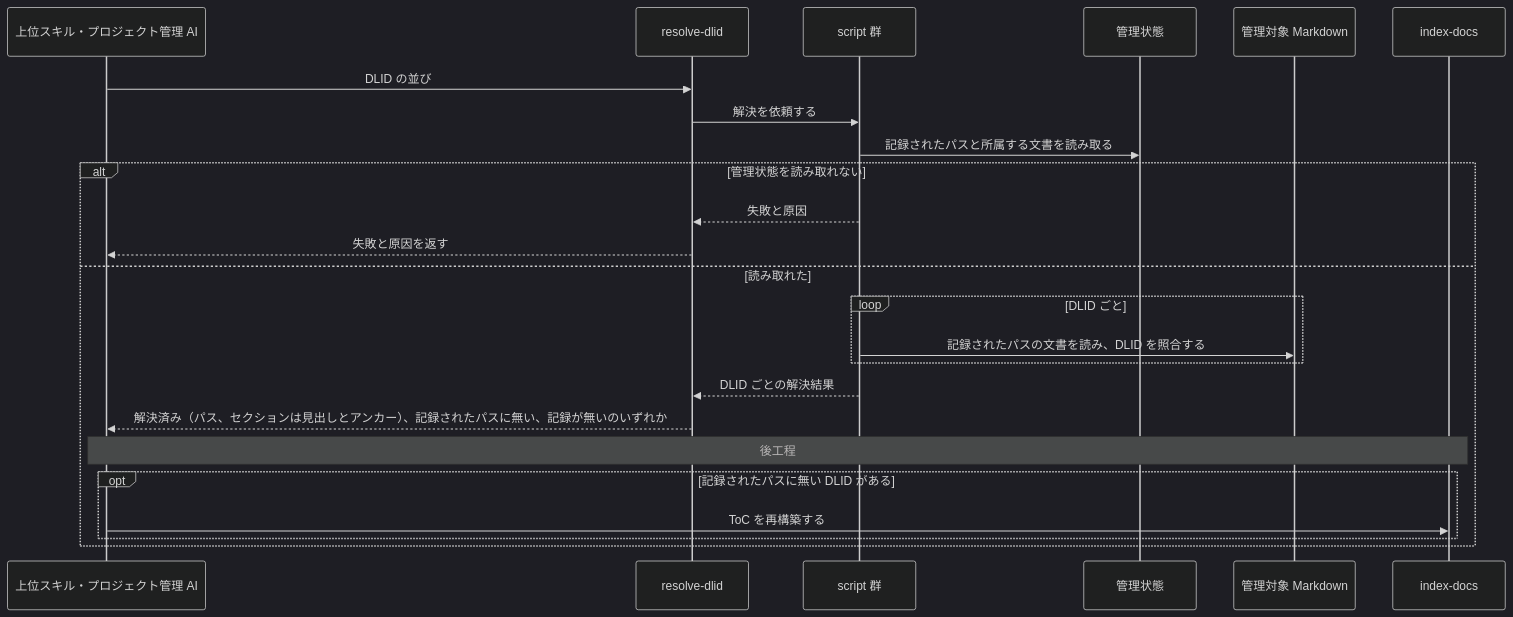
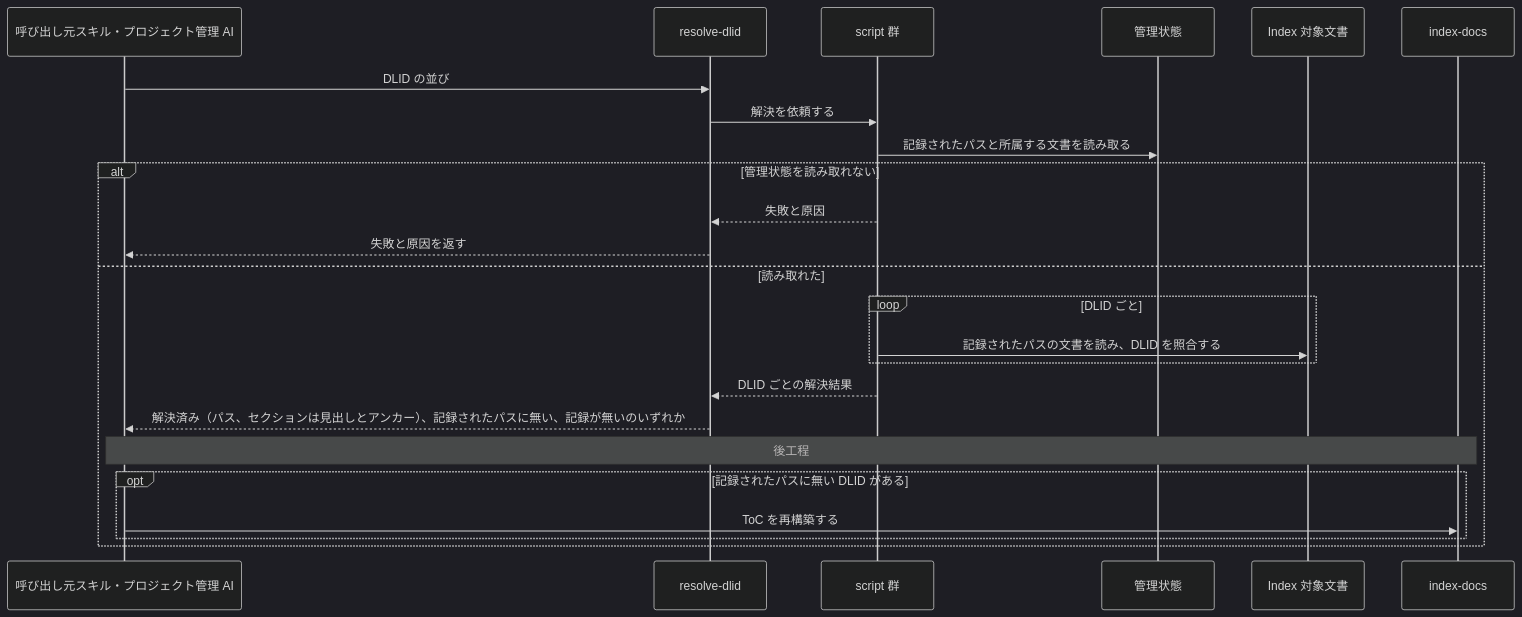
The ninth of 9 diagrams in docs/specs/design/DES-010_skill-composition.md (BlueEventHorizon/doc-link), drawn with Mermaid (dark theme) before and after one commit. The commit also changed other lines of this file and 23 other files, not shown here.

````diff
--- a/docs/specs/design/DES-010_skill-composition.md
+++ b/docs/specs/design/DES-010_skill-composition.md
@@ -357,27 +362,27 @@
 ```mermaid
 sequenceDiagram
-    participant Caller as 上位スキル・プロジェクト管理 AI
+    participant Caller as 呼び出し元スキル・プロジェクト管理 AI
     participant Skill as resolve-dlid
     participant Scripts as script 群
     participant State as 管理状態
-    participant Docs as 管理対象 Markdown
+    participant Docs as Index 対象文書
     participant Index as index-docs
 
     Caller->>Skill: DLID の並び
     Skill->>Scripts: 解決を依頼する
     Scripts->>State: 記録されたパスと所属する文書を読み取る
     alt 管理状態を読み取れない
         Scripts-->>Skill: 失敗と原因
         Skill-->>Caller: 失敗と原因を返す
     else 読み取れた
         loop DLID ごと
             Scripts->>Docs: 記録されたパスの文書を読み、DLID を照合する
         end
         Scripts-->>Skill: DLID ごとの解決結果
         Skill-->>Caller: 解決済み（パス、セクションは見出しとアンカー）、記録されたパスに無い、記録が無いのいずれか
         Note over Caller,Index: 後工程
         opt 記録されたパスに無い DLID がある
             Caller->>Index: ToC を再構築する
         end
     end
 ```
````
